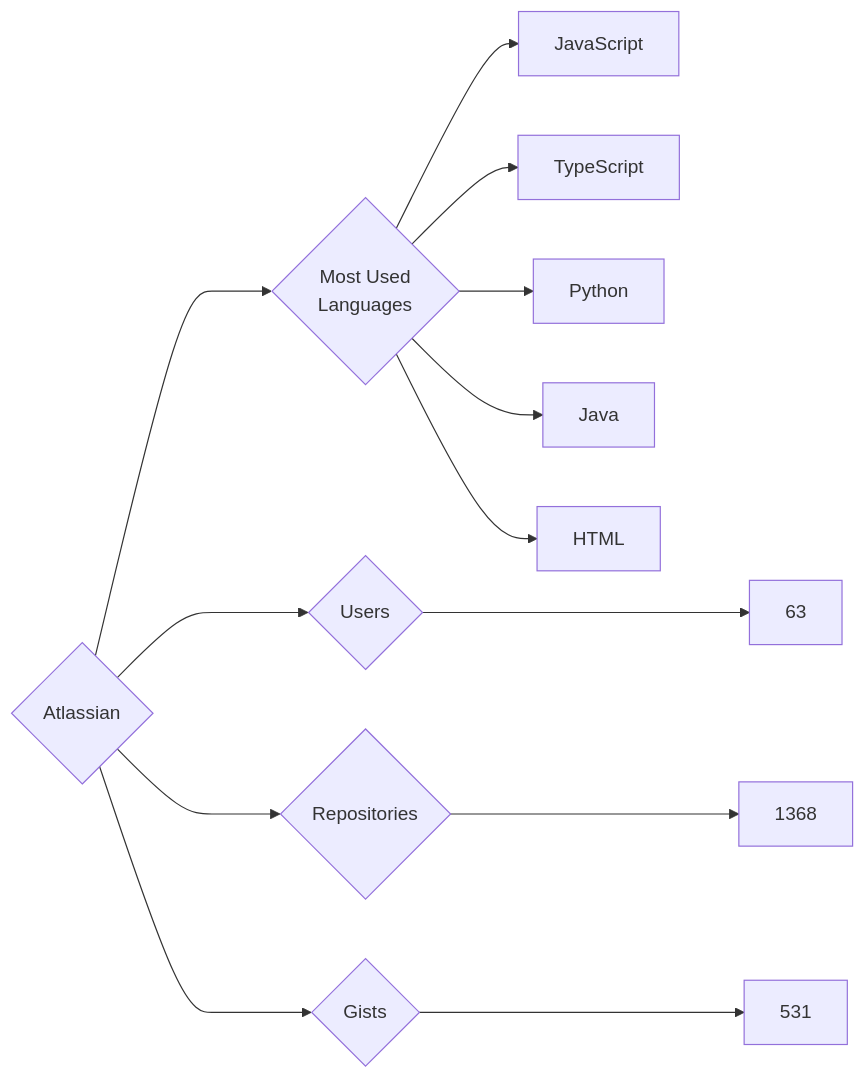
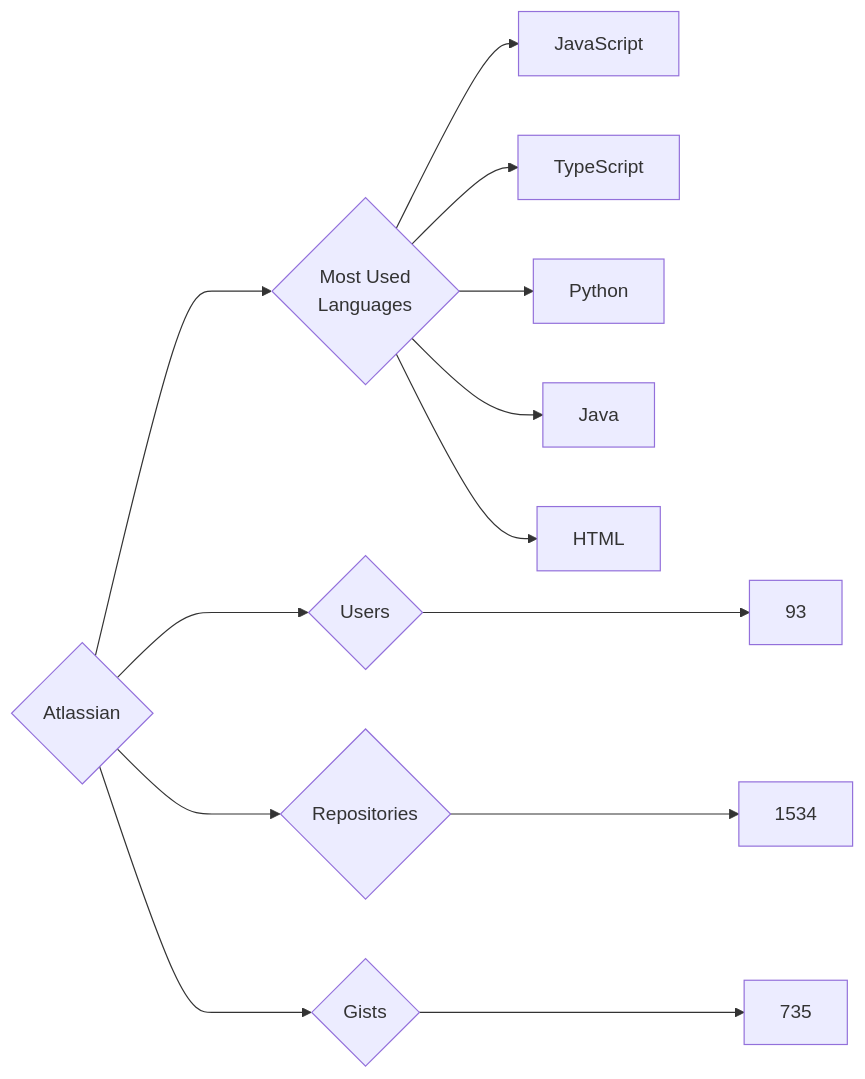
The diagram in targets/Atlassian/README.md (trickest/insiders), drawn with Mermaid before and after one commit. The commit also changed 782 other files, not shown here.

````diff
--- a/targets/Atlassian/README.md
+++ b/targets/Atlassian/README.md
@@ -3,13 +3,13 @@
 ```mermaid
 graph LR
 COMPANY_NAME{Atlassian}
-COMPANY_NAME ---> U{Users} ---> UN[63]
-COMPANY_NAME ---> R{Repositories} ---> RN[1368]
-COMPANY_NAME ---> G{Gists} ---> GN[531]
+COMPANY_NAME ---> U{Users} ---> UN[93]
+COMPANY_NAME ---> R{Repositories} ---> RN[1534]
+COMPANY_NAME ---> G{Gists} ---> GN[735]
 COMPANY_NAME ---> ML{Most Used<br>Languages}
 ML --> JavaScript[JavaScript]
 ML --> TypeScript[TypeScript]
 ML --> Python[Python]
 ML --> Java[Java]
 ML --> HTML[HTML]
 ```
````
